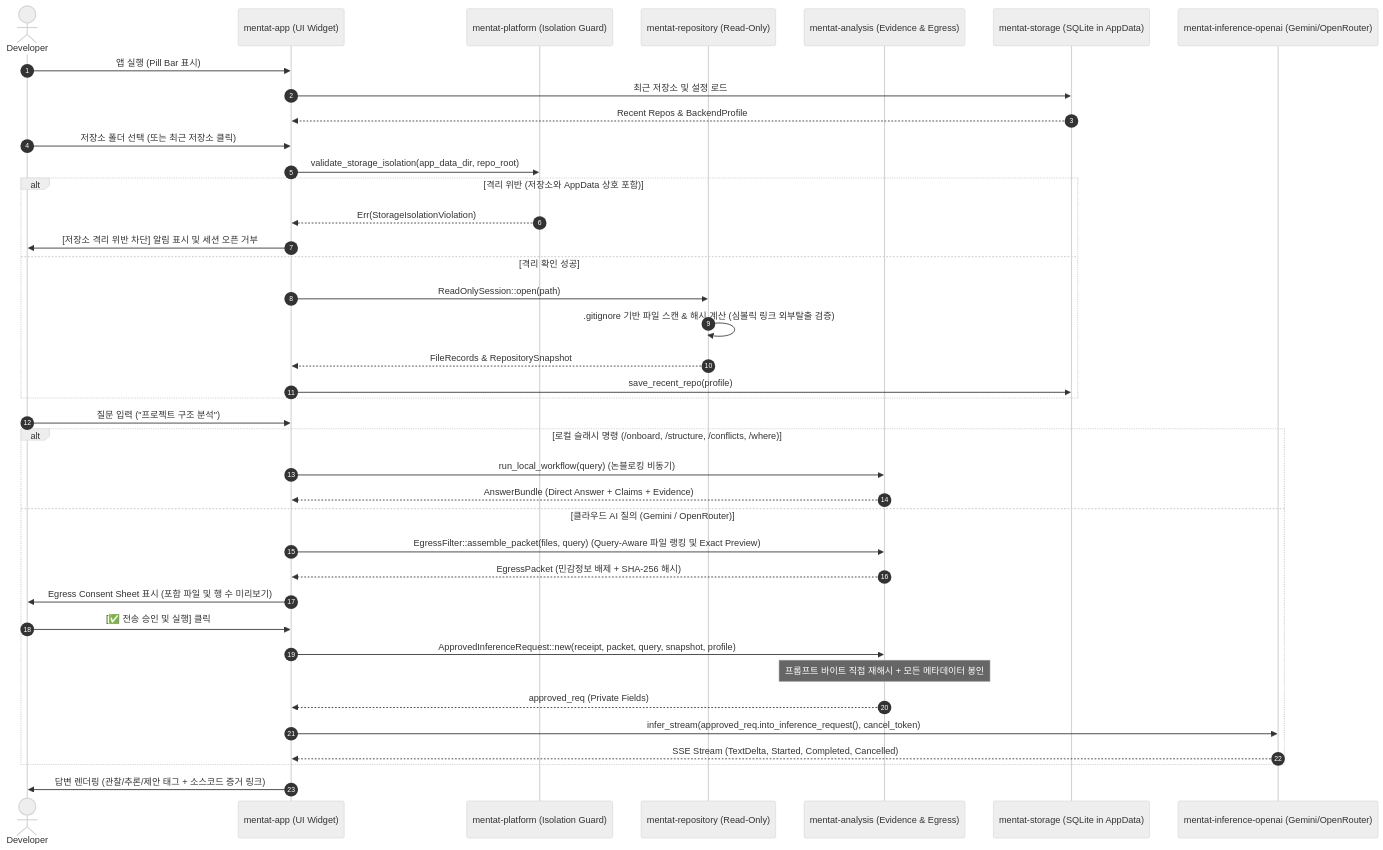
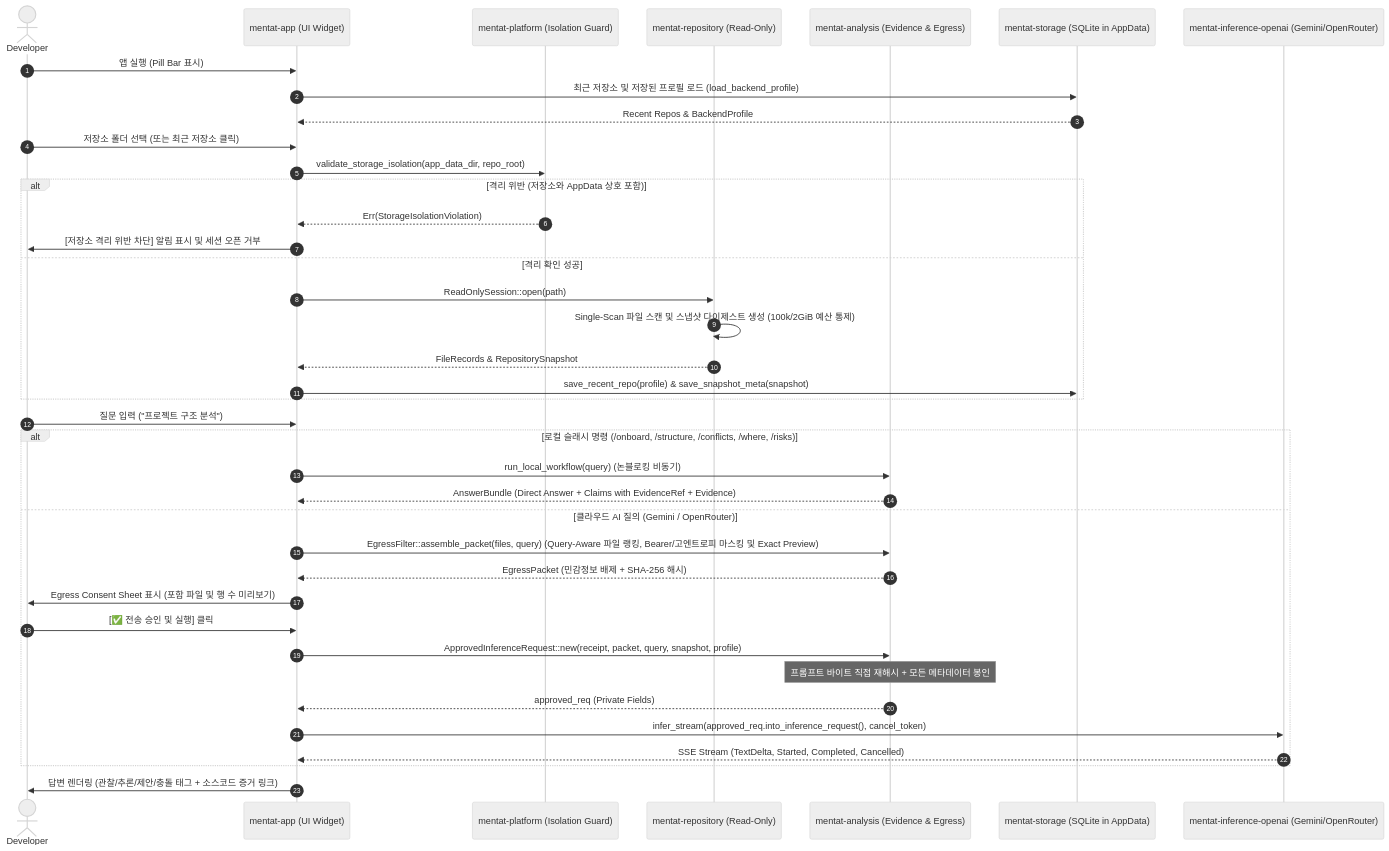
Before and after one commit to Yupkidangju/CodeMentat: the diagram in IMPLEMENTATION_SUMMARY.md, drawn with Mermaid (neutral theme). The commit also changed other lines of this file and 14 other files, not shown here.

````diff
--- a/IMPLEMENTATION_SUMMARY.md
+++ b/IMPLEMENTATION_SUMMARY.md
@@ -12,44 +12,44 @@
 ```mermaid
 sequenceDiagram
     autonumber
     actor Dev as Developer
     participant App as mentat-app (UI Widget)
     participant Platform as mentat-platform (Isolation Guard)
     participant Repo as mentat-repository (Read-Only)
     participant Analysis as mentat-analysis (Evidence & Egress)
     participant Storage as mentat-storage (SQLite in AppData)
     participant Infer as mentat-inference-openai (Gemini/OpenRouter)
 
     Dev->>App: 앱 실행 (Pill Bar 표시)
-    App->>Storage: 최근 저장소 및 설정 로드
+    App->>Storage: 최근 저장소 및 저장된 프로필 로드 (load_backend_profile)
     Storage-->>App: Recent Repos & BackendProfile
 
     Dev->>App: 저장소 폴더 선택 (또는 최근 저장소 클릭)
     App->>Platform: validate_storage_isolation(app_data_dir, repo_root)
     alt 격리 위반 (저장소와 AppData 상호 포함)
         Platform-->>App: Err(StorageIsolationViolation)
         App->>Dev: [저장소 격리 위반 차단] 알림 표시 및 세션 오픈 거부
     else 격리 확인 성공
         App->>Repo: ReadOnlySession::open(path)
-        Repo->>Repo: .gitignore 기반 파일 스캔 & 해시 계산 (심볼릭 링크 외부탈출 검증)
+        Repo->>Repo: Single-Scan 파일 스캔 및 스냅샷 다이제스트 생성 (100k/2GiB 예산 통제)
         Repo-->>App: FileRecords & RepositorySnapshot
-        App->>Storage: save_recent_repo(profile)
+        App->>Storage: save_recent_repo(profile) & save_snapshot_meta(snapshot)
     end
 
     Dev->>App: 질문 입력 ("프로젝트 구조 분석")
-    alt 로컬 슬래시 명령 (/onboard, /structure, /conflicts, /where)
+    alt 로컬 슬래시 명령 (/onboard, /structure, /conflicts, /where, /risks)
         App->>Analysis: run_local_workflow(query) (논블로킹 비동기)
-        Analysis-->>App: AnswerBundle (Direct Answer + Claims + Evidence)
+        Analysis-->>App: AnswerBundle (Direct Answer + Claims with EvidenceRef + Evidence)
     else 클라우드 AI 질의 (Gemini / OpenRouter)
-        App->>Analysis: EgressFilter::assemble_packet(files, query) (Query-Aware 파일 랭킹 및 Exact Preview)
+        App->>Analysis: EgressFilter::assemble_packet(files, query) (Query-Aware 파일 랭킹, Bearer/고엔트로피 마스킹 및 Exact Preview)
         Analysis-->>App: EgressPacket (민감정보 배제 + SHA-256 해시)
         App->>Dev: Egress Consent Sheet 표시 (포함 파일 및 행 수 미리보기)
         Dev->>App: [✅ 전송 승인 및 실행] 클릭
         App->>Analysis: ApprovedInferenceRequest::new(receipt, packet, query, snapshot, profile)
         Note over Analysis: 프롬프트 바이트 직접 재해시 + 모든 메타데이터 봉인
         Analysis-->>App: approved_req (Private Fields)
         App->>Infer: infer_stream(approved_req.into_inference_request(), cancel_token)
         Infer-->>App: SSE Stream (TextDelta, Started, Completed, Cancelled)
     end
-    App->>Dev: 답변 렌더링 (관찰/추론/제안 태그 + 소스코드 증거 링크)
+    App->>Dev: 답변 렌더링 (관찰/추론/제안/충돌 태그 + 소스코드 증거 링크)
 ```
````
